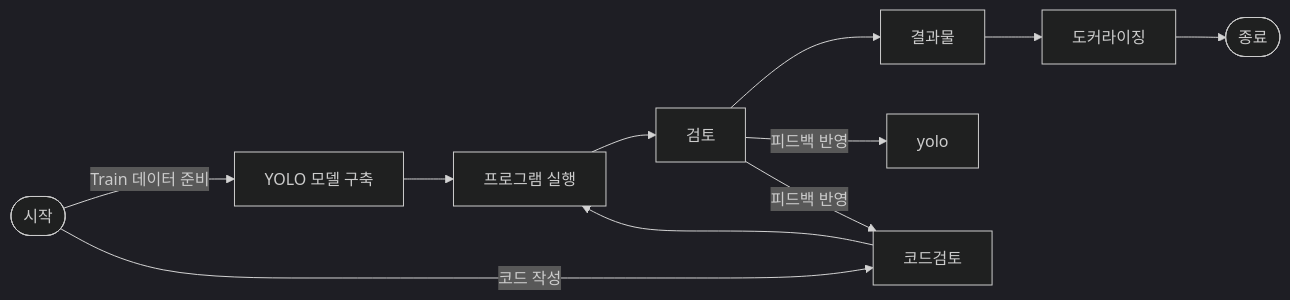
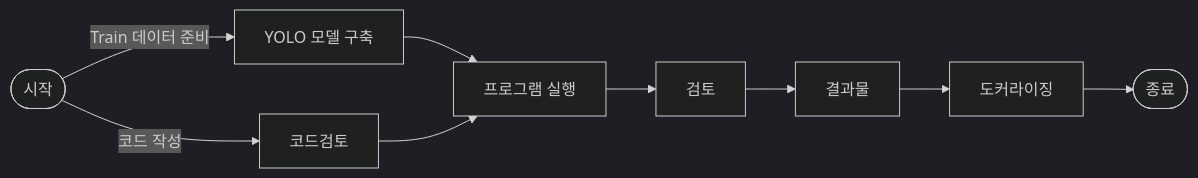
One commit to gamdumdum/my-project changed the first of 2 diagrams in README.md. Above: the diagram before and after it, drawn with Mermaid (dark theme).

````diff
--- a/README.md
+++ b/README.md
@@ -2,19 +2,17 @@
 ```mermaid
 flowchart LR
     시작([시작])
     시작 -->|Train 데이터 준비| Yolo[YOLO 모델 구축]
     시작 -->|코드 작성| 코드검토[코드검토]
 
     Yolo --> 실행[프로그램 실행]
     코드검토 --> 실행
 
     실행 --> 검토[검토]
     검토 --> 결과[결과물]
 
 
     결과 --> 도커[도커라이징]
     도커 --> 종료([종료])
-    검토 -->|피드백 반영|yolo
-    검토 -->|피드백 반영|코드검토
 
 ```
````
